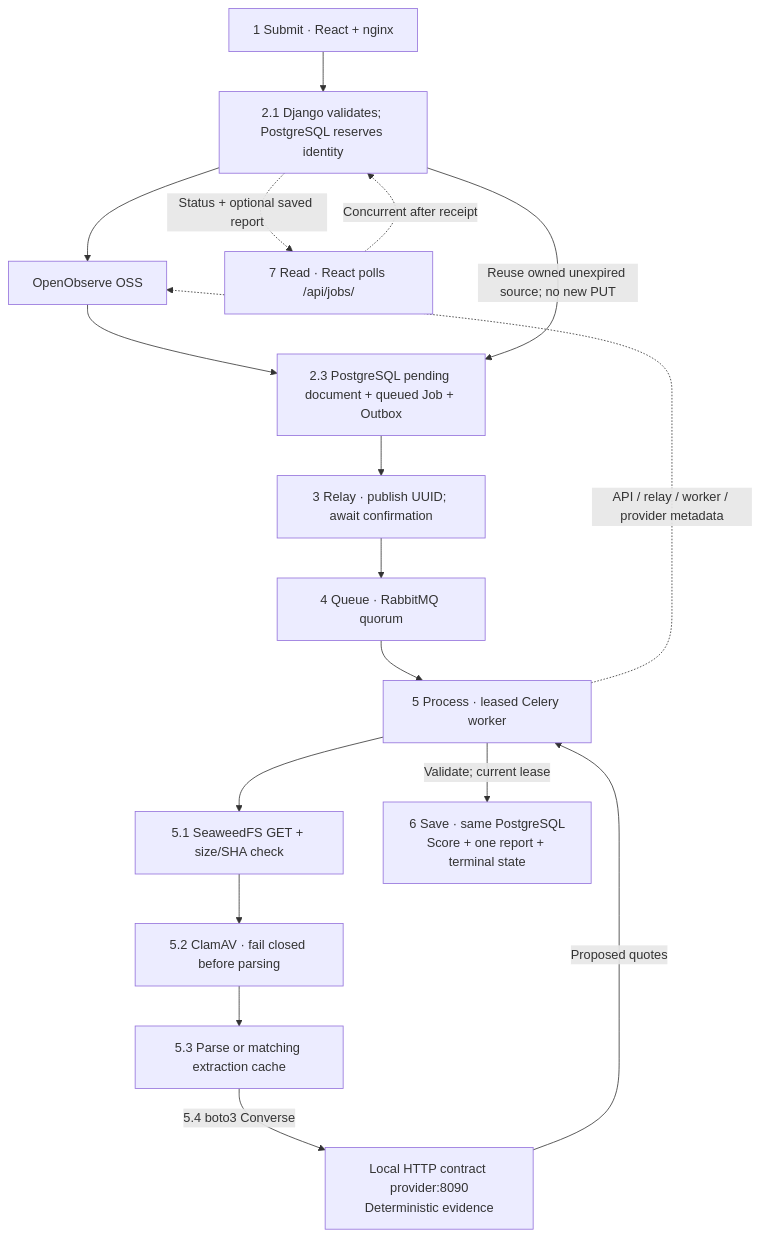
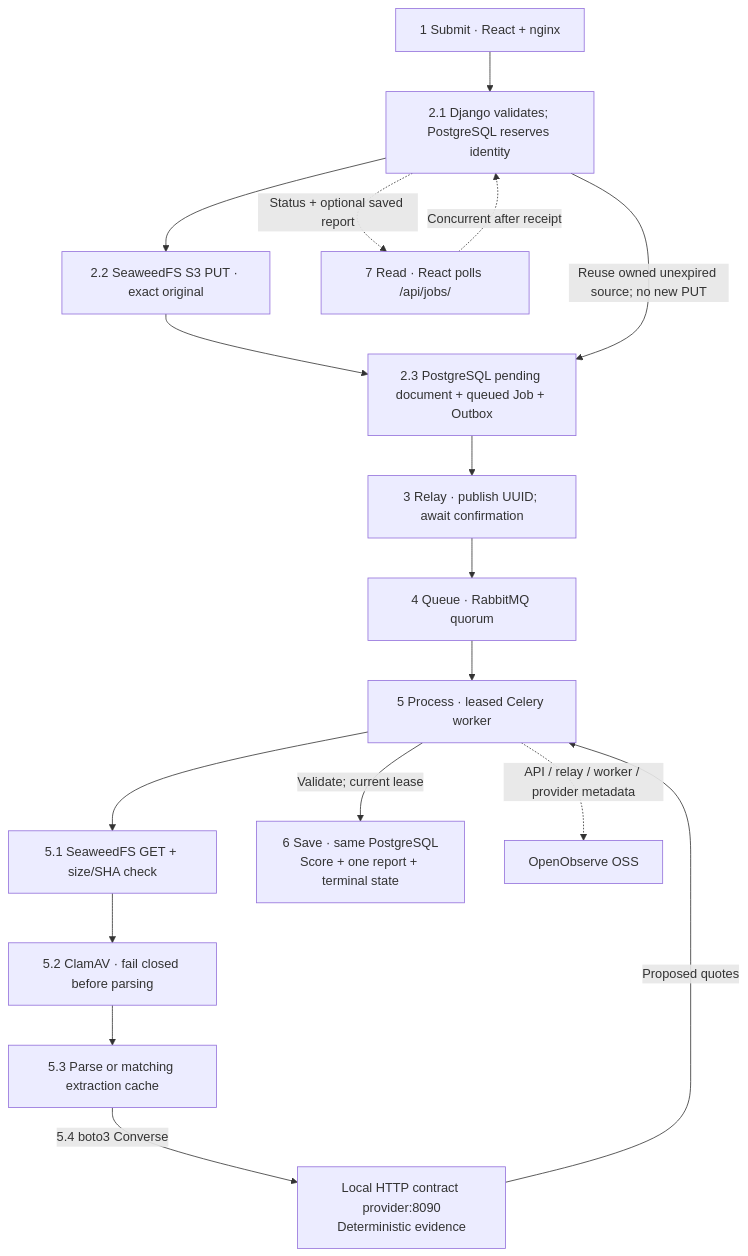
Before and after one commit to junrillg/resume-match-bedrock: the diagram in docs/assets/architecture.mmd, drawn with Mermaid. The commit also changed 8 other files, not shown here.

```diff
--- a/docs/assets/architecture.mmd
+++ b/docs/assets/architecture.mmd
@@ -1,18 +1,18 @@
 %% Logical companion; architecture.svg is the self-contained publication layout.
 flowchart TB
   accTitle: Local comparison in seven business steps
   accDescr: SeaweedFS originals, ClamAV, the HTTP provider, PostgreSQL and RabbitMQ run under Compose. Reads overlap background processing. Safe process logs reach OpenObserve.
   UI["1 Submit · React + nginx"] --> API["2.1 Django validates; PostgreSQL reserves identity"]
-  API --> O["2.2 SeaweedFS S3 PUT · exact original"]
-  O --> AD["2.3 PostgreSQL pending document + queued Job + Outbox"]
+  API --> STORE["2.2 SeaweedFS S3 PUT · exact original"]
+  STORE --> AD["2.3 PostgreSQL pending document + queued Job + Outbox"]
   AD --> R["3 Relay · publish UUID; await confirmation"] --> Q["4 Queue · RabbitMQ quorum"] --> W["5 Process · leased Celery worker"]
   W --> GET["5.1 SeaweedFS GET + size/SHA check"]
   GET --> SCAN["5.2 ClamAV · fail closed before parsing"]
   SCAN --> PARSE["5.3 Parse or matching extraction cache"]
   PARSE -->|"5.4 boto3 Converse"| P["Local HTTP contract provider:8090<br/>Deterministic evidence"]
   P -->|"Proposed quotes"| W
   API -->|"Reuse owned unexpired source; no new PUT"| AD
   W -->|"Validate; current lease"| D["6 Save · same PostgreSQL<br/>Score + one report + terminal state"]
   Read["7 Read · React polls /api/jobs/"] -. "Concurrent after receipt" .-> API
   API -. "Status + optional saved report" .-> Read
-  W -. "API / relay / worker / provider metadata" .-> O["OpenObserve OSS"]
+  W -. "API / relay / worker / provider metadata" .-> LOGS["OpenObserve OSS"]
```
